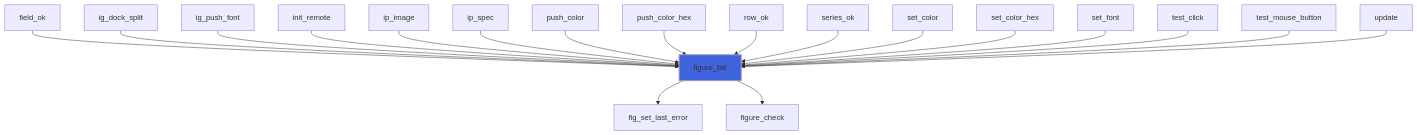
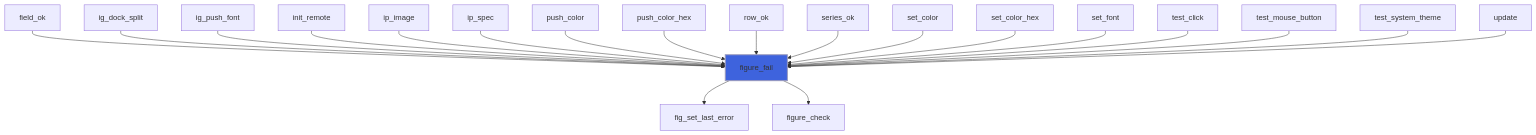
Before and after one commit to szaghi/figure: the third of 5 diagrams in docs/api/src/lib/figure_base.md, drawn with Mermaid. The commit also changed other lines of this file and 3 other files, not shown here.

````diff
--- a/docs/api/src/lib/figure_base.md
+++ b/docs/api/src/lib/figure_base.md
@@ -137,22 +139,23 @@
 ```mermaid
 flowchart TD
   field_ok["field_ok"] --> figure_fail["figure_fail"]
   ig_dock_split["ig_dock_split"] --> figure_fail["figure_fail"]
   ig_push_font["ig_push_font"] --> figure_fail["figure_fail"]
   init_remote["init_remote"] --> figure_fail["figure_fail"]
   ip_image["ip_image"] --> figure_fail["figure_fail"]
   ip_spec["ip_spec"] --> figure_fail["figure_fail"]
   push_color["push_color"] --> figure_fail["figure_fail"]
   push_color_hex["push_color_hex"] --> figure_fail["figure_fail"]
   row_ok["row_ok"] --> figure_fail["figure_fail"]
   series_ok["series_ok"] --> figure_fail["figure_fail"]
   set_color["set_color"] --> figure_fail["figure_fail"]
   set_color_hex["set_color_hex"] --> figure_fail["figure_fail"]
   set_font["set_font"] --> figure_fail["figure_fail"]
   test_click["test_click"] --> figure_fail["figure_fail"]
   test_mouse_button["test_mouse_button"] --> figure_fail["figure_fail"]
+  test_system_theme["test_system_theme"] --> figure_fail["figure_fail"]
   update["update"] --> figure_fail["figure_fail"]
   figure_fail["figure_fail"] --> fig_set_last_error["fig_set_last_error"]
   figure_fail["figure_fail"] --> figure_check["figure_check"]
   style figure_fail fill:#3e63dd,stroke:#99b,stroke-width:2px
 ```
````
